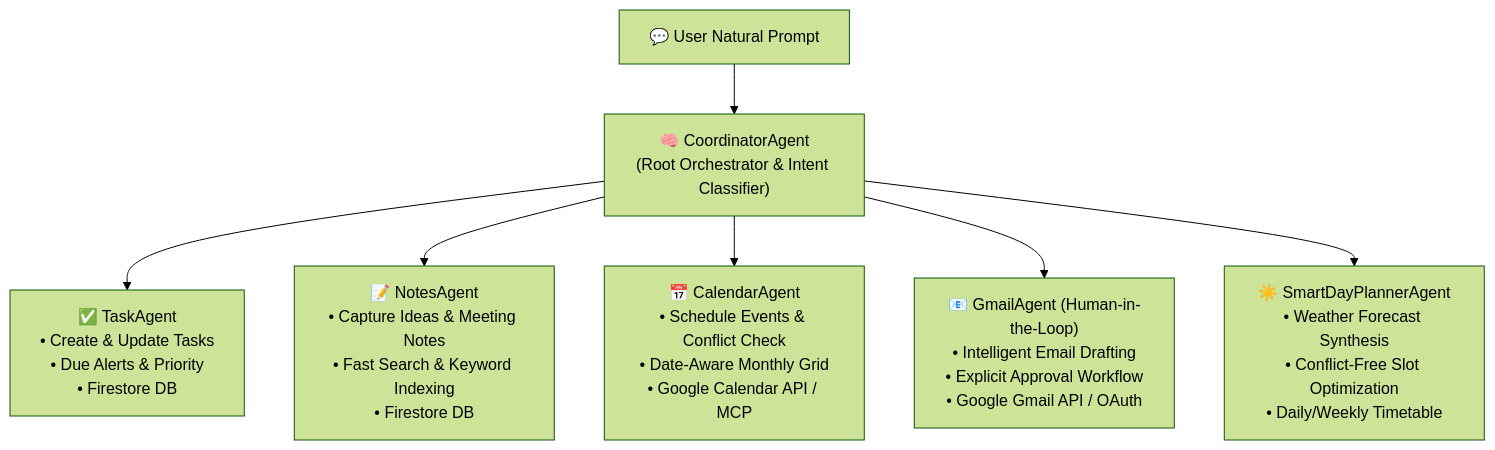
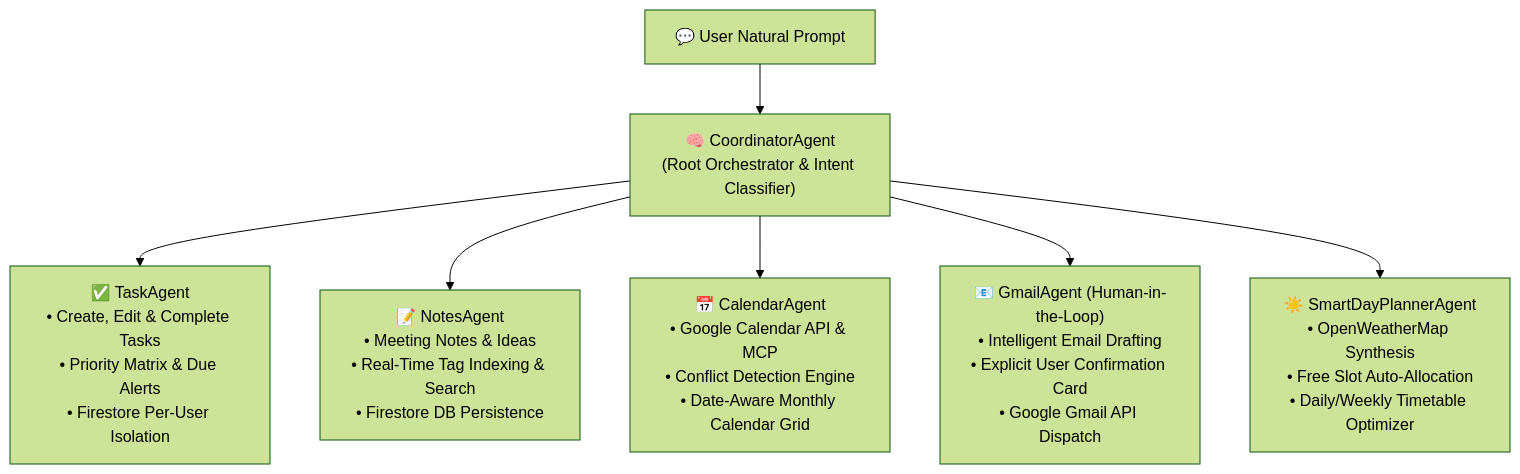
Before and after one commit to apekshamanjunath-2005/synaptix: the diagram in README.md, drawn with Mermaid (forest theme). The commit also changed other lines of this file, not shown here.

Commit message:
docs: showcase live Render deployment URL, feature badges, and production multi-agent guide in README

````diff
--- a/README.md
+++ b/README.md
@@ -34,9 +61,9 @@
 ```mermaid
 flowchart TD
     User["💬 User Natural Prompt"] --> Coord["🧠 CoordinatorAgent<br/>(Root Orchestrator & Intent Classifier)"]
-    Coord --> Task["✅ TaskAgent<br/>• Create & Update Tasks<br/>• Due Alerts & Priority<br/>• Firestore DB"]
-    Coord --> Notes["📝 NotesAgent<br/>• Capture Ideas & Meeting Notes<br/>• Fast Search & Keyword Indexing<br/>• Firestore DB"]
-    Coord --> Cal["📅 CalendarAgent<br/>• Schedule Events & Conflict Check<br/>• Date-Aware Monthly Grid<br/>• Google Calendar API / MCP"]
-    Coord --> Gmail["📧 GmailAgent (Human-in-the-Loop)<br/>• Intelligent Email Drafting<br/>• Explicit Approval Workflow<br/>• Google Gmail API / OAuth"]
-    Coord --> Planner["☀️ SmartDayPlannerAgent<br/>• Weather Forecast Synthesis<br/>• Conflict-Free Slot Optimization<br/>• Daily/Weekly Timetable"]
+    Coord --> Task["✅ TaskAgent<br/>• Create, Edit & Complete Tasks<br/>• Priority Matrix & Due Alerts<br/>• Firestore Per-User Isolation"]
+    Coord --> Notes["📝 NotesAgent<br/>• Meeting Notes & Ideas<br/>• Real-Time Tag Indexing & Search<br/>• Firestore DB Persistence"]
+    Coord --> Cal["📅 CalendarAgent<br/>• Google Calendar API & MCP<br/>• Conflict Detection Engine<br/>• Date-Aware Monthly Calendar Grid"]
+    Coord --> Gmail["📧 GmailAgent (Human-in-the-Loop)<br/>• Intelligent Email Drafting<br/>• Explicit User Confirmation Card<br/>• Google Gmail API Dispatch"]
+    Coord --> Planner["☀️ SmartDayPlannerAgent<br/>• OpenWeatherMap Synthesis<br/>• Free Slot Auto-Allocation<br/>• Daily/Weekly Timetable Optimizer"]
 ```
````
